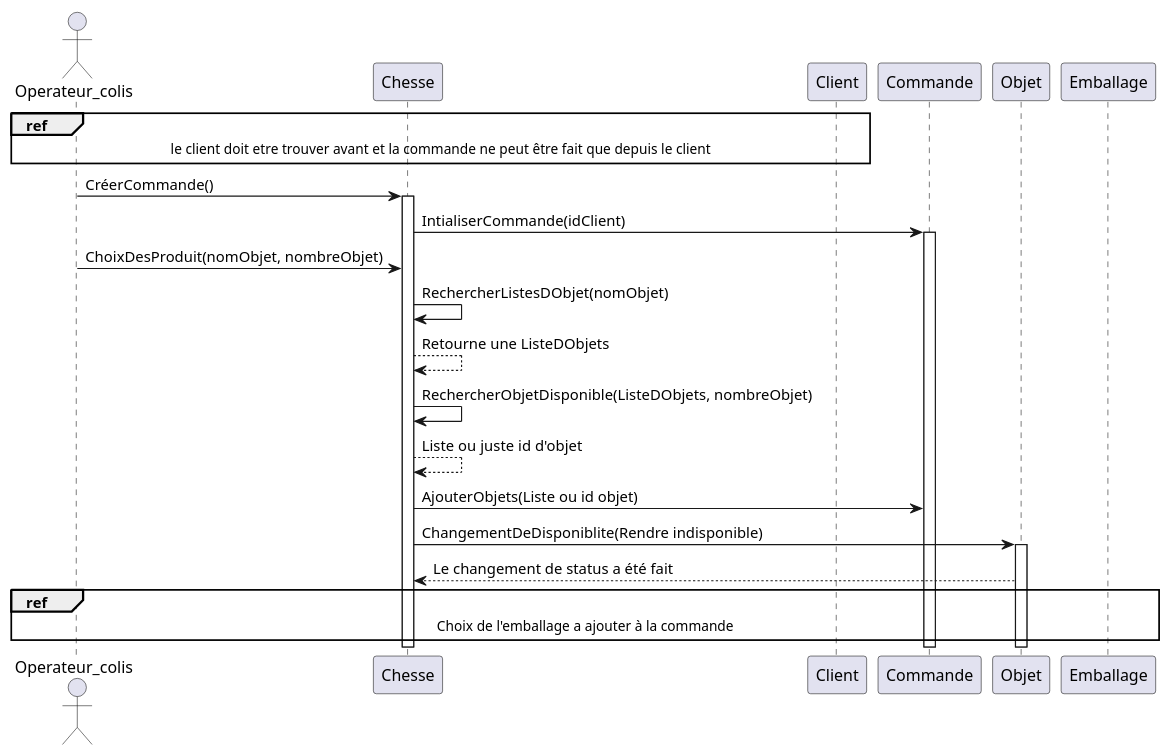
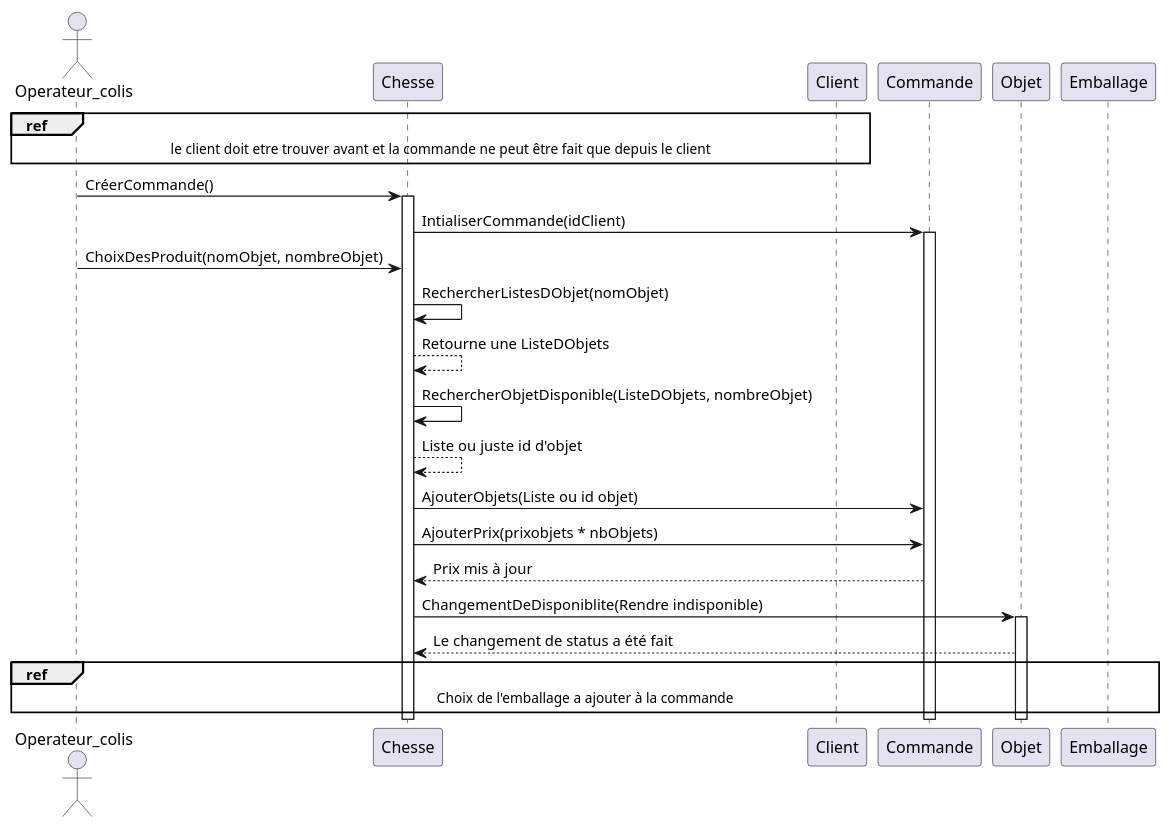
One commit to Bluwen/Conception_d_une_application_informatique changed the diagram in Cas_séquence/Creer_une_commande.puml. Above: the diagram before and after it, drawn with PlantUML. The commit also changed 2 other files, not shown here.

```diff
--- a/Cas_séquence/Creer_une_commande.puml
+++ b/Cas_séquence/Creer_une_commande.puml
@@ -1,34 +1,38 @@
 @startuml brouillon
 
 actor Operateur_colis
 
 participant Chesse
 
 ref over Operateur_colis, Chesse, Client : le client doit etre trouver avant et la commande ne peut être fait que depuis le client
 
 Operateur_colis -> Chesse : CréerCommande()
 activate Chesse
 
 Chesse -> Commande : IntialiserCommande(idClient)
 activate Commande 
 
 'Commande -> Client : DemandeID()
 'Client --> Commande : RetourneID
 
 'Commande -> Chesse : DemanderDonner()
 'Chesse -> Operateur_colis : RentrerInformationCommande()
 
 Operateur_colis -> Chesse : ChoixDesProduit(nomObjet, nombreObjet)
 Chesse -> Chesse : RechercherListesDObjet(nomObjet)
 Chesse --> Chesse : Retourne une ListeDObjets
 Chesse -> Chesse : RechercherObjetDisponible(ListeDObjets, nombreObjet)
 Chesse --> Chesse : Liste ou juste id d'objet
 Chesse -> Commande : AjouterObjets(Liste ou id objet)
+
+Chesse -> Commande : AjouterPrix(prixobjets * nbObjets)
+Commande --> Chesse : Prix mis à jour
+
 Chesse -> Objet : ChangementDeDisponiblite(Rendre indisponible)
 activate Objet
 
 Objet --> Chesse : Le changement de status a été fait
 
 ref over Operateur_colis, Chesse, Commande, Emballage : Choix de l'emballage a ajouter à la commande
 
 @enduml
```
